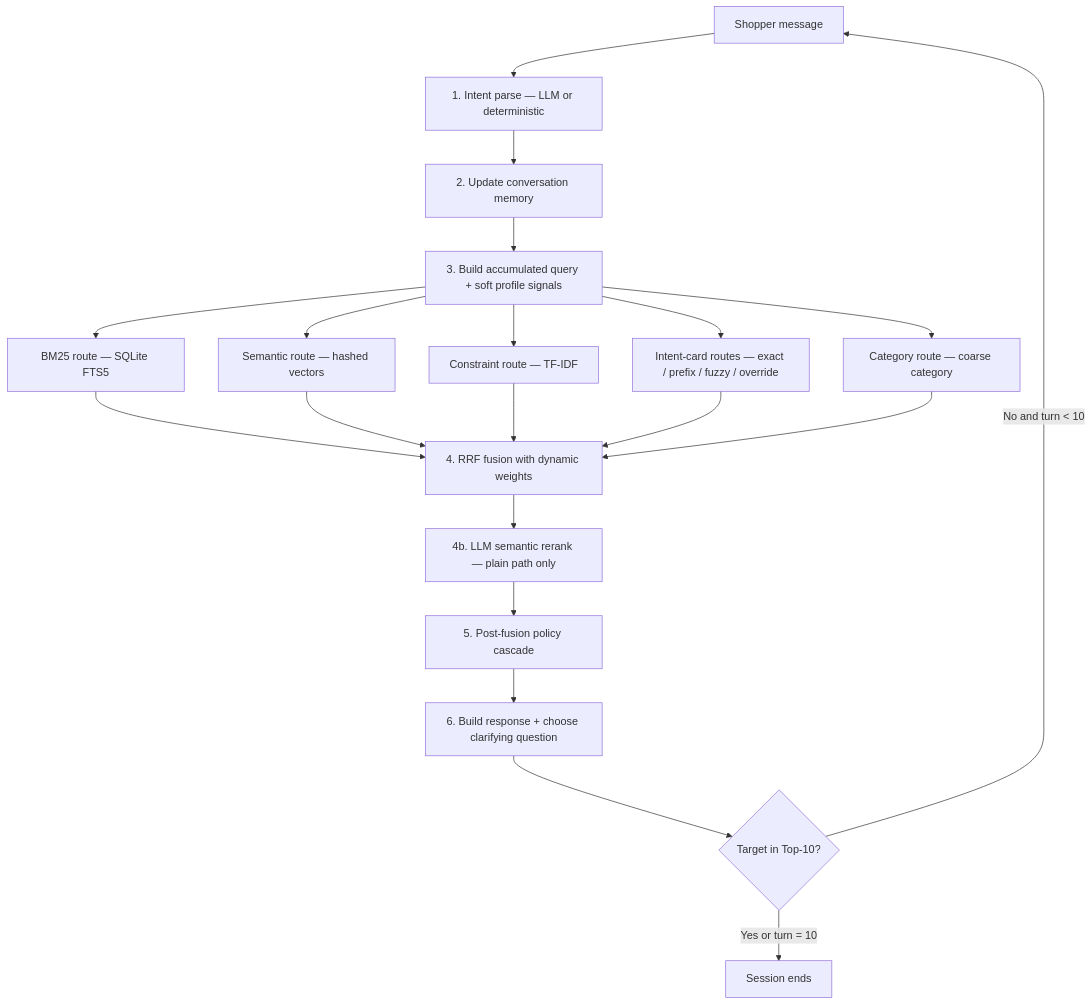
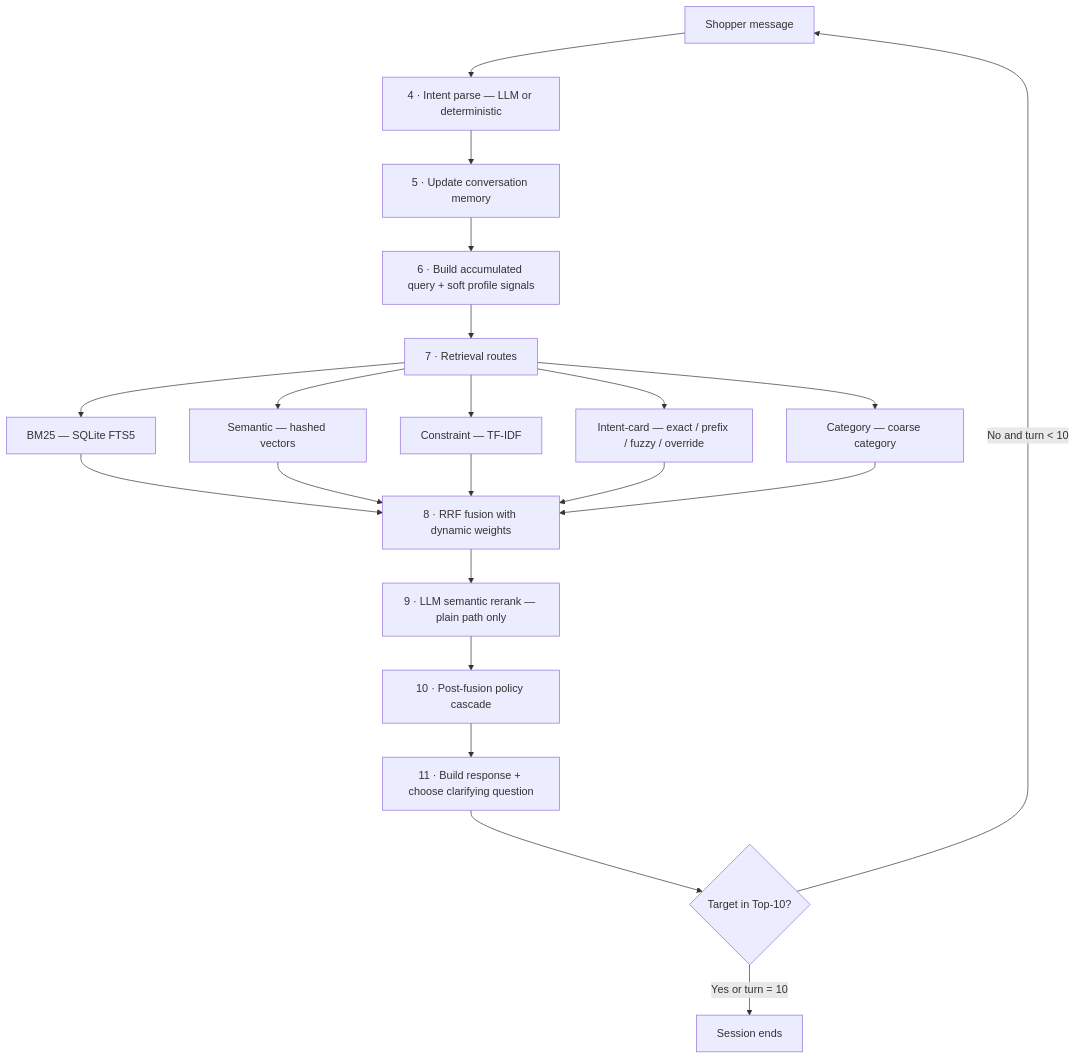
Before and after one commit to Tiktok-Techjam-2026-Clankers/Track-4: the diagram in docs/agent_implementation.md, drawn with Mermaid. The commit also changed other lines of this file, not shown here.

````diff
--- a/docs/agent_implementation.md
+++ b/docs/agent_implementation.md
@@ -50,26 +52,27 @@
 ```mermaid
 flowchart TD
-    A[Shopper message] --> B[1. Intent parse — LLM or deterministic]
-    B --> C[2. Update conversation memory]
-    C --> D[3. Build accumulated query + soft profile signals]
+    A[Shopper message] --> B[4 · Intent parse — LLM or deterministic]
+    B --> C[5 · Update conversation memory]
+    C --> D[6 · Build accumulated query + soft profile signals]
 
-    D --> E1[BM25 route — SQLite FTS5]
-    D --> E2[Semantic route — hashed vectors]
-    D --> E3[Constraint route — TF-IDF]
-    D --> E4[Intent-card routes — exact / prefix / fuzzy / override]
-    D --> E5[Category route — coarse category]
+    D --> E[7 · Retrieval routes]
+    E --> E1[BM25 — SQLite FTS5]
+    E --> E2[Semantic — hashed vectors]
+    E --> E3[Constraint — TF-IDF]
+    E --> E4[Intent-card — exact / prefix / fuzzy / override]
+    E --> E5[Category — coarse category]
 
-    E1 --> F[4. RRF fusion with dynamic weights]
+    E1 --> F[8 · RRF fusion with dynamic weights]
     E2 --> F
     E3 --> F
     E4 --> F
     E5 --> F
 
-    F --> G[4b. LLM semantic rerank — plain path only]
-    G --> H[5. Post-fusion policy cascade]
-    H --> I[6. Build response + choose clarifying question]
+    F --> G[9 · LLM semantic rerank — plain path only]
+    G --> H[10 · Post-fusion policy cascade]
+    H --> I[11 · Build response + choose clarifying question]
 
     I --> J{Target in Top-10?}
     J -->|No and turn < 10| A
     J -->|Yes or turn = 10| K[Session ends]
 ```
````
